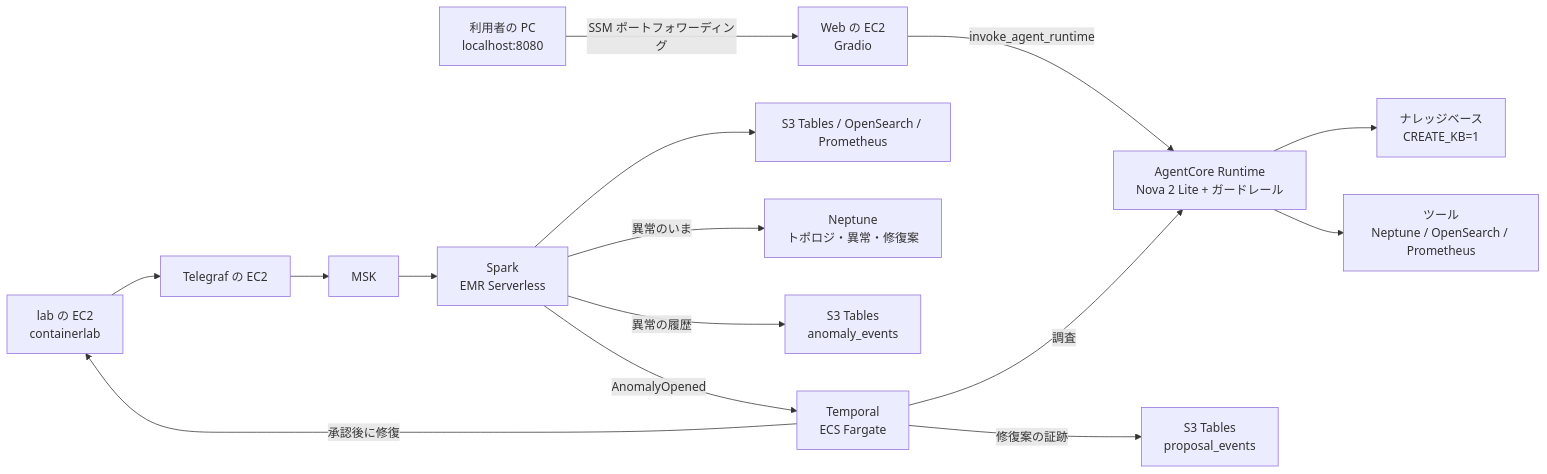
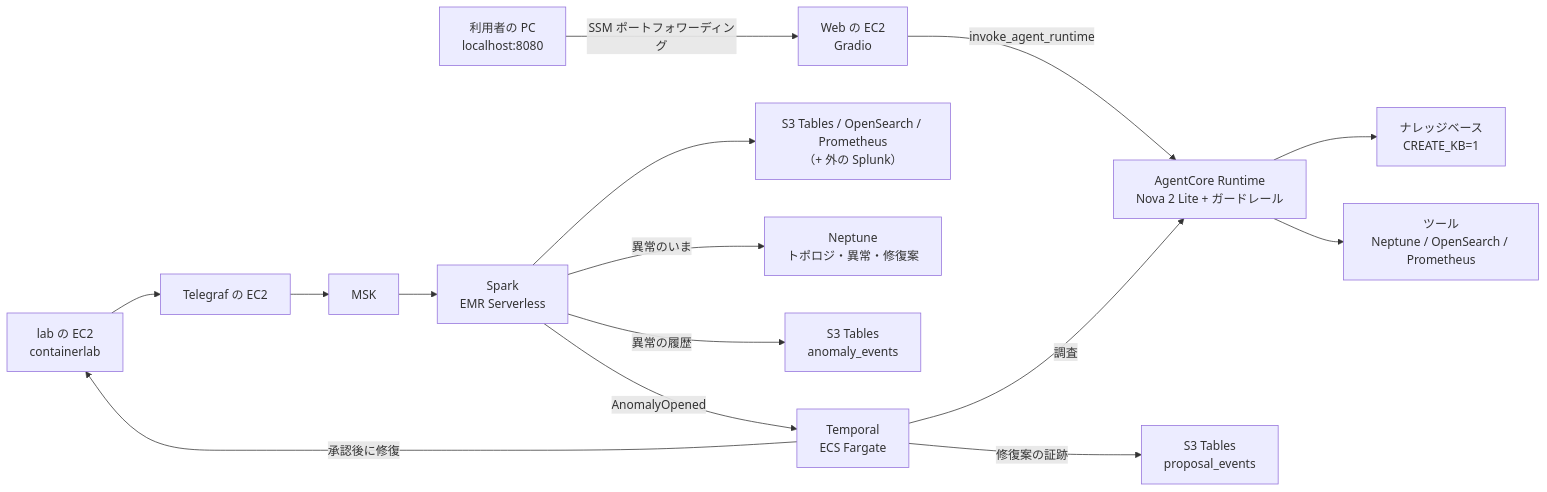
Before and after one commit to eddie-eights/cf-netops-sandbox: the diagram in README.md, drawn with Mermaid. The commit also changed other lines of this file and 16 other files, not shown here.

First line of the commit message:
Splunk を Spark から直接書く（HEC。MSK Connect の Splunk Connect for Kafka はやめる）

````diff
--- a/README.md
+++ b/README.md
@@ -7,15 +7,15 @@
 ```mermaid
 flowchart LR
   PC["利用者の PC<br/>localhost:8080"] -->|"SSM ポートフォワーディング"| WEB["Web の EC2<br/>Gradio"]
   WEB -->|"invoke_agent_runtime"| RT["AgentCore Runtime<br/>Nova 2 Lite + ガードレール"]
   RT --> KB["ナレッジベース<br/>CREATE_KB=1"]
   RT --> TOOLS["ツール<br/>Neptune / OpenSearch / Prometheus"]
   LAB["lab の EC2<br/>containerlab"] --> TG["Telegraf の EC2"] --> MSK["MSK"] --> SPARK["Spark<br/>EMR Serverless"]
-  SPARK --> STORE["S3 Tables / OpenSearch / Prometheus"]
+  SPARK --> STORE["S3 Tables / OpenSearch / Prometheus<br/>（+ 外の Splunk）"]
   SPARK -->|"異常のいま"| NEP["Neptune<br/>トポロジ・異常・修復案"]
   SPARK -->|"異常の履歴"| AUDIT["S3 Tables<br/>anomaly_events"]
   WF -->|"修復案の証跡"| PAUDIT["S3 Tables<br/>proposal_events"]
   SPARK -->|"AnomalyOpened"| WF["Temporal<br/>ECS Fargate"]
   WF -->|"調査"| RT
   WF -->|"承認後に修復"| LAB
 ```
````
